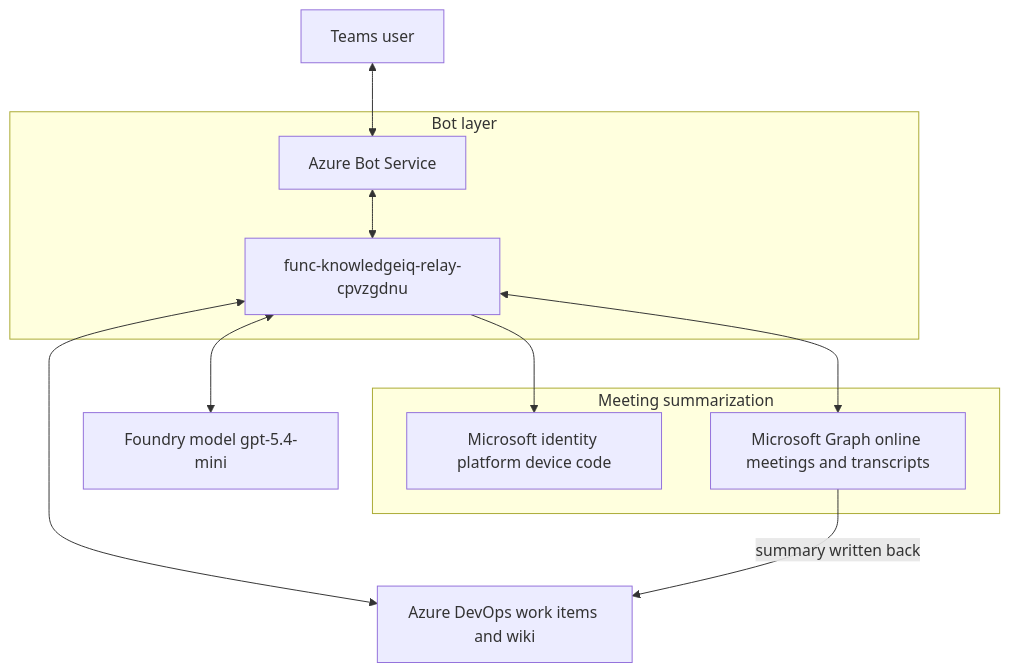
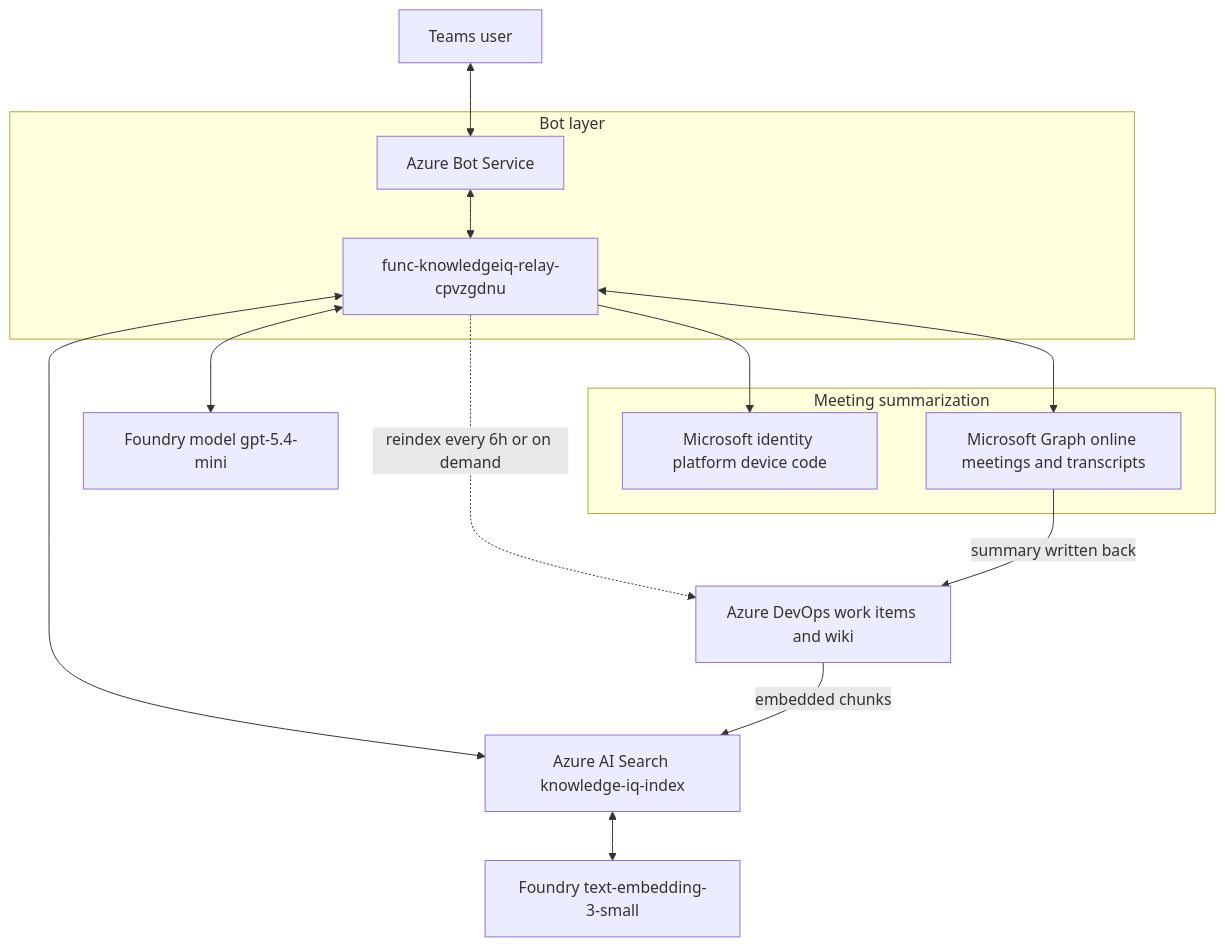
The first of 4 diagrams in docs/architecture.md (madhurshukla23/Migration-Knowledge-IQ), drawn with Mermaid before and after one commit. The commit also changed other lines of this file and 4 other files, not shown here.

Commit message:
Implement Azure AI Search indexing for work items and wiki pages; add search functionality and scheduled reindexing

````diff
--- a/docs/architecture.md
+++ b/docs/architecture.md
@@ -173,24 +173,29 @@
 ```mermaid
 flowchart TB
     User[Teams user]
 
     subgraph BotLayer[Bot layer]
         BotService[Azure Bot Service]
         Function[func-knowledgeiq-relay-cpvzgdnu]
     end
 
     Model[Foundry model gpt-5.4-mini]
+    Embed[Foundry text-embedding-3-small]
+    Search[Azure AI Search knowledge-iq-index]
     ADO[Azure DevOps work items and wiki]
 
     subgraph MeetingAuth[Meeting summarization]
         MSIdentity[Microsoft identity platform device code]
         Graph[Microsoft Graph online meetings and transcripts]
     end
 
     User <--> BotService <--> Function
     Function <--> Model
-    Function <--> ADO
+    Function <--> Search
+    Search <--> Embed
+    Function -. reindex every 6h or on demand .-> ADO
+    ADO -- embedded chunks --> Search
     Function --> MSIdentity
     Function <--> Graph
     Graph -- summary written back --> ADO
 ```
````
